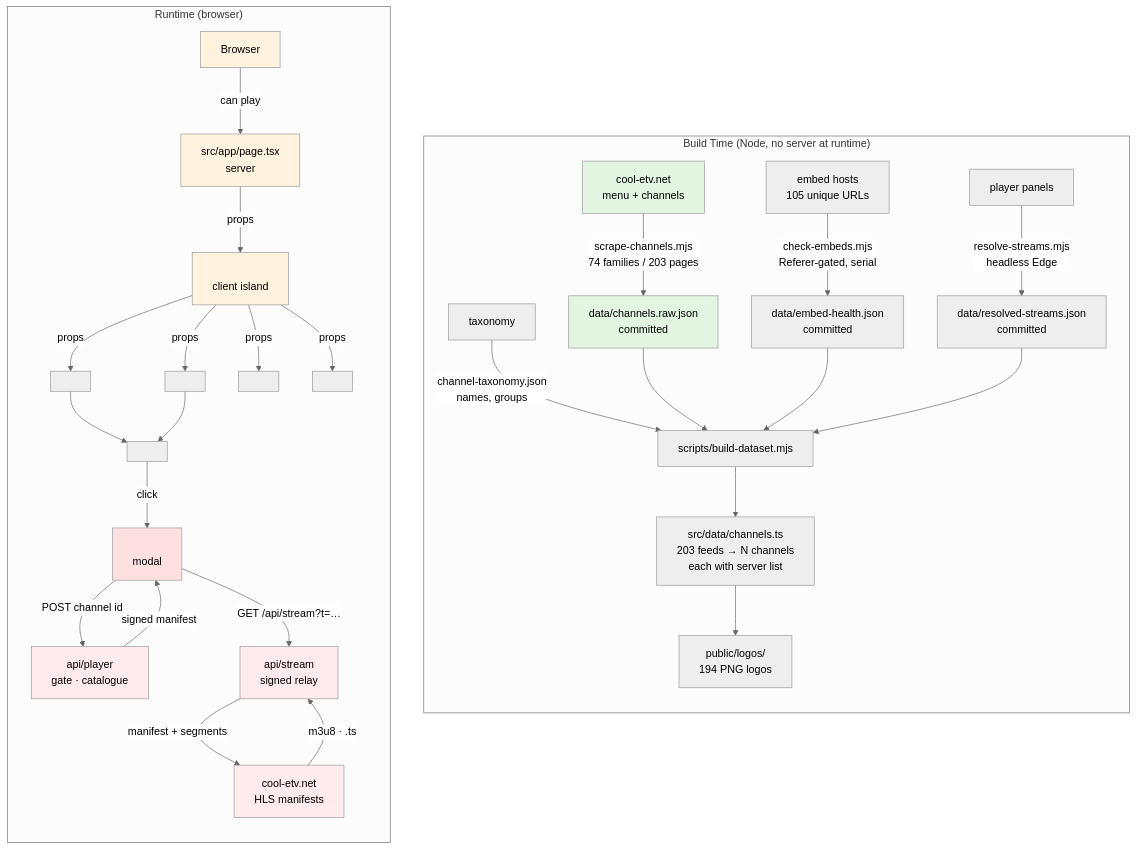
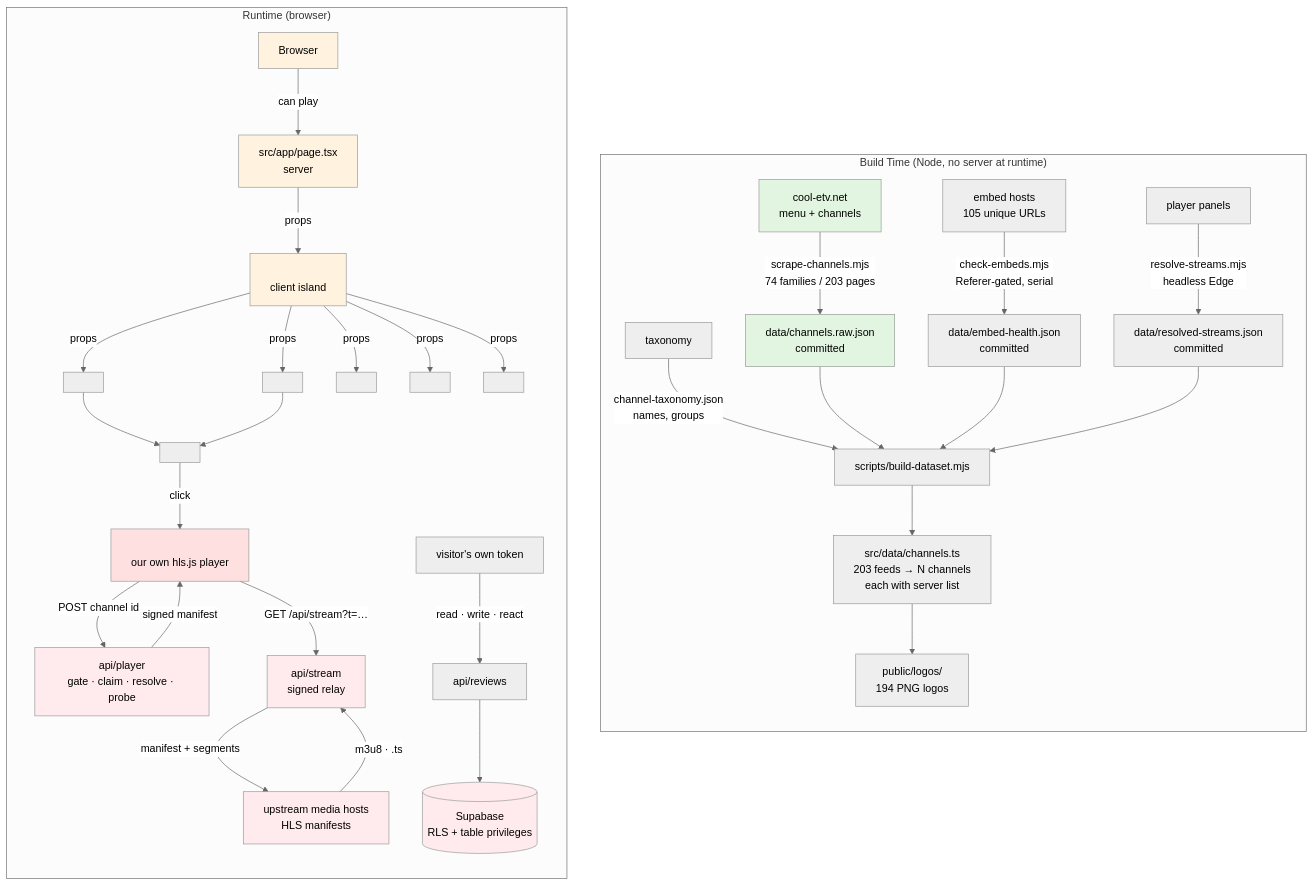
One commit to collaby-org/acum changed the diagram in README.md. Above: the diagram before and after it, drawn with Mermaid (neutral theme). The commit also changed other lines of this file and 69 other files, not shown here.

````diff
--- a/README.md
+++ b/README.md
@@ -38,55 +41,60 @@
 ```mermaid
 graph TB
     subgraph "Build Time (Node, no server at runtime)"
         direction TB
 
         A[cool-etv.net<br/>menu + channels] -->|scrape-channels.mjs<br/>74 families / 203 pages| B[data/channels.raw.json<br/>committed]
 
         C[embed hosts<br/>105 unique URLs] -->|check-embeds.mjs<br/>Referer-gated, serial| D[data/embed-health.json<br/>committed]
 
         E[player panels] -->|resolve-streams.mjs<br/>headless Edge| F[data/resolved-streams.json<br/>committed]
 
         G[taxonomy] -->|channel-taxonomy.json<br/>names, groups| G2[scripts/build-dataset.mjs]
 
         B --> G2
         D --> G2
         F --> G2
 
         G2 --> H[src/data/channels.ts<br/>203 feeds → N channels<br/>each with server list]
 
         H --> I[public/logos/<br/>194 PNG logos]
     end
 
     subgraph "Runtime (browser)"
         direction TB
 
         J[Browser] -->|can play| K[src/app/page.tsx<br/>server]
         K -->|props| L[<Browse><br/>client island]
 
         L -->|props| M[<Hero>]
         L -->|props| N[<Rail>]
         L -->|props| O[<ChannelIndex>]
         L -->|props| P[<SearchPanel>]
+        L -->|props| P2[<PopularReviews>]
 
         M --> Q[<ChannelCard>]
         N --> Q
 
-        Q -->|click| R[<Player><br/>modal]
+        Q -->|click| R[<Player><br/>our own hls.js player]
 
-        R -->|POST channel id| T[api/player<br/>gate · catalogue]
+        R -->|POST channel id| T[api/player<br/>gate · claim · resolve · probe]
         T -->|signed manifest| R
         R -->|GET /api/stream?t=…| S[api/stream<br/>signed relay]
-        S -->|manifest + segments| U[cool-etv.net<br/>HLS manifests]
+        S -->|manifest + segments| U[upstream media hosts<br/>HLS manifests]
         U -->|m3u8 · .ts| S
+
+        J2[visitor's own token] -->|read · write · react| V[api/reviews]
+        V --> W[(Supabase<br/>RLS + table privileges)]
     end
 
     style A fill:#e1f5e1
     style B fill:#e1f5e1
     style J fill:#fff3e0
     style K fill:#fff3e0
     style L fill:#fff3e0
     style R fill:#ffe0e0
     style S fill:#ffebee
     style T fill:#ffebee
     style U fill:#ffebee
+    style W fill:#ffebee
 ```
````
